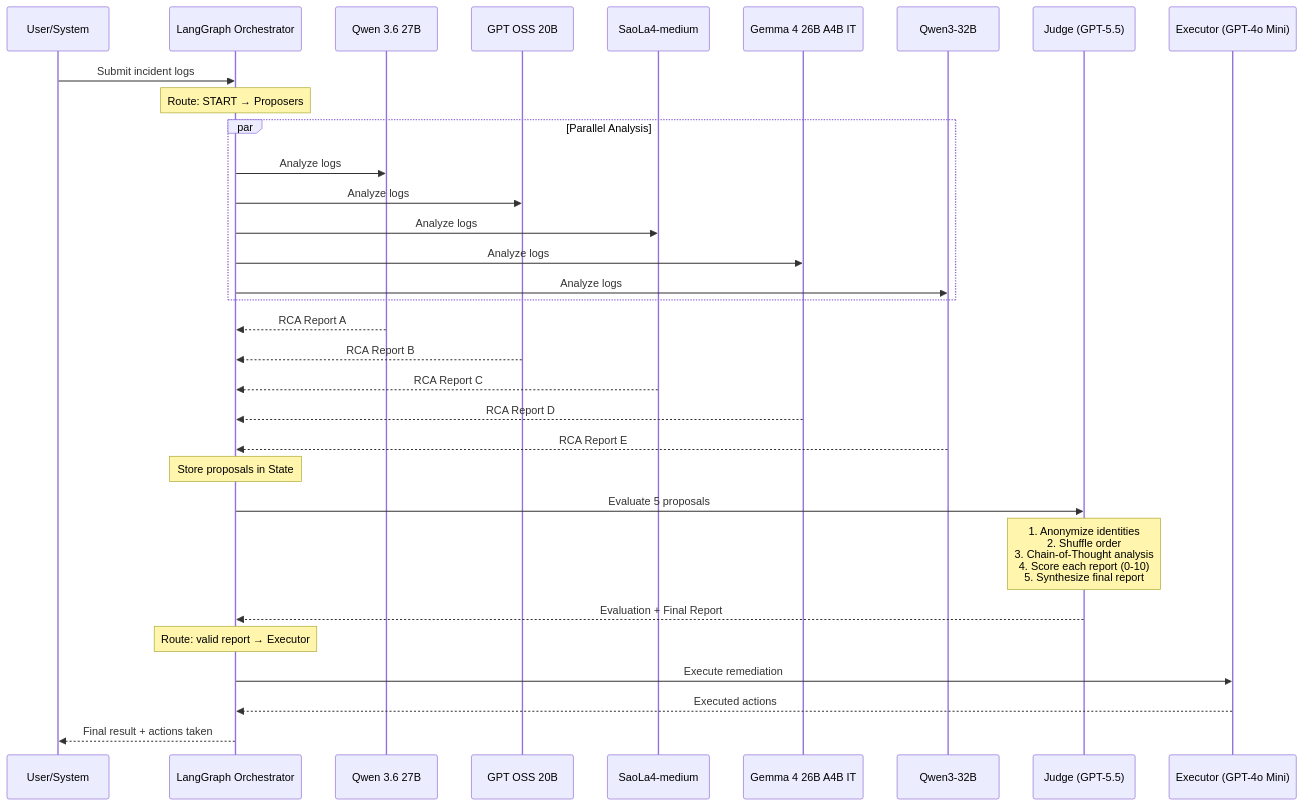
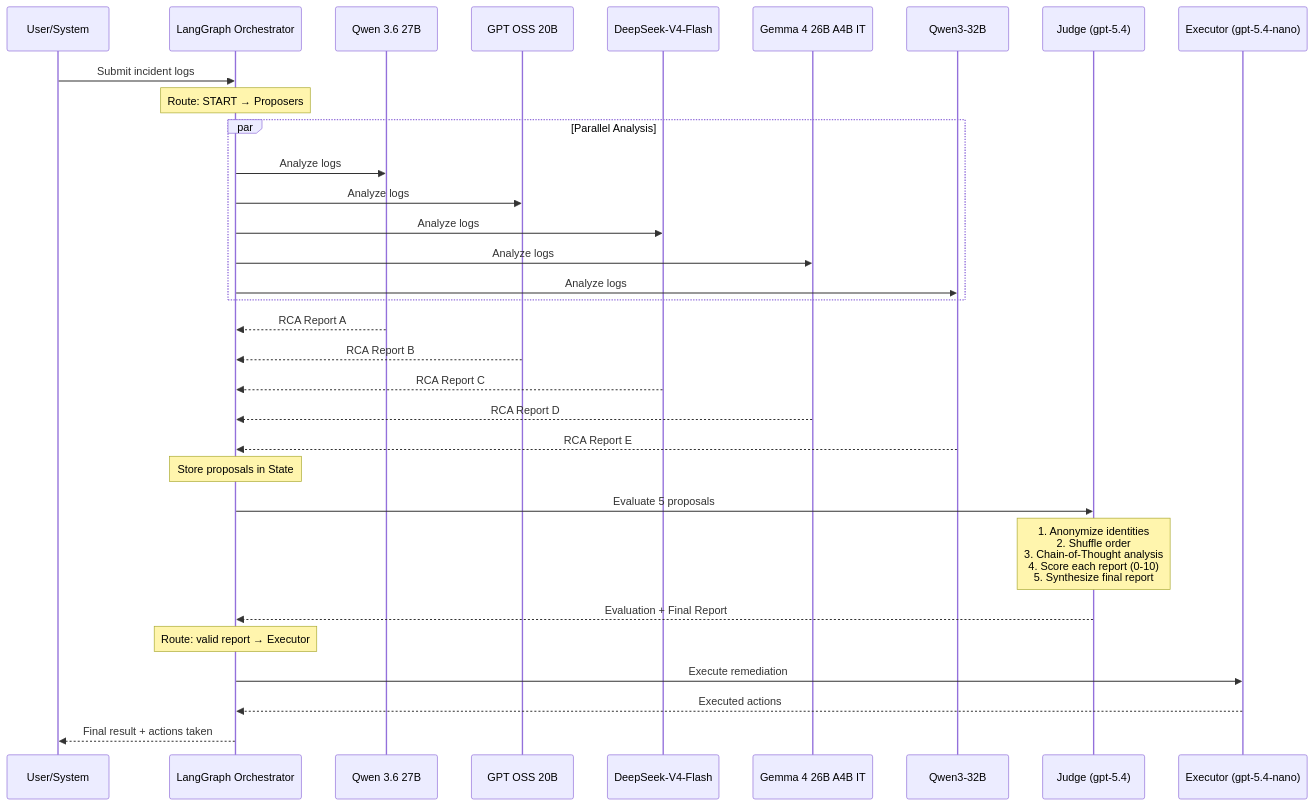
Before and after one commit to n3r0-b1n4ry/openmair: the third of 6 diagrams in docs/ARCHITECTURE.md, drawn with Mermaid. The commit also changed other lines of this file and 18 other files, not shown here.

Commit message:
feat: implement multi-agent executor architecture with structured remediation planning and orchestration components

````diff
--- a/docs/ARCHITECTURE.md
+++ b/docs/ARCHITECTURE.md
@@ -139,44 +139,44 @@
 ```mermaid
 sequenceDiagram
     participant User as User/System
     participant Orch as LangGraph Orchestrator
     participant P1 as Qwen 3.6 27B
     participant P2 as GPT OSS 20B
-    participant P3 as SaoLa4-medium
+    participant P3 as DeepSeek-V4-Flash
     participant P4 as Gemma 4 26B A4B IT
     participant P5 as Qwen3-32B
-    participant Judge as Judge (GPT-5.5)
-    participant Exec as Executor (GPT-4o Mini)
+    participant Judge as Judge (gpt-5.4)
+    participant Exec as Executor (gpt-5.4-nano)
 
     User->>Orch: Submit incident logs
     
     Note over Orch: Route: START → Proposers
 
     par Parallel Analysis
         Orch->>P1: Analyze logs
         Orch->>P2: Analyze logs
         Orch->>P3: Analyze logs
         Orch->>P4: Analyze logs
         Orch->>P5: Analyze logs
     end
 
     P1-->>Orch: RCA Report A
     P2-->>Orch: RCA Report B
     P3-->>Orch: RCA Report C
     P4-->>Orch: RCA Report D
     P5-->>Orch: RCA Report E
 
     Note over Orch: Store proposals in State
 
     Orch->>Judge: Evaluate 5 proposals
     
     Note over Judge: 1. Anonymize identities<br/>2. Shuffle order<br/>3. Chain-of-Thought analysis<br/>4. Score each report (0-10)<br/>5. Synthesize final report
 
     Judge-->>Orch: Evaluation + Final Report
 
     Note over Orch: Route: valid report → Executor
 
     Orch->>Exec: Execute remediation
     Exec-->>Orch: Executed actions
     Orch-->>User: Final result + actions taken
 ```
````
